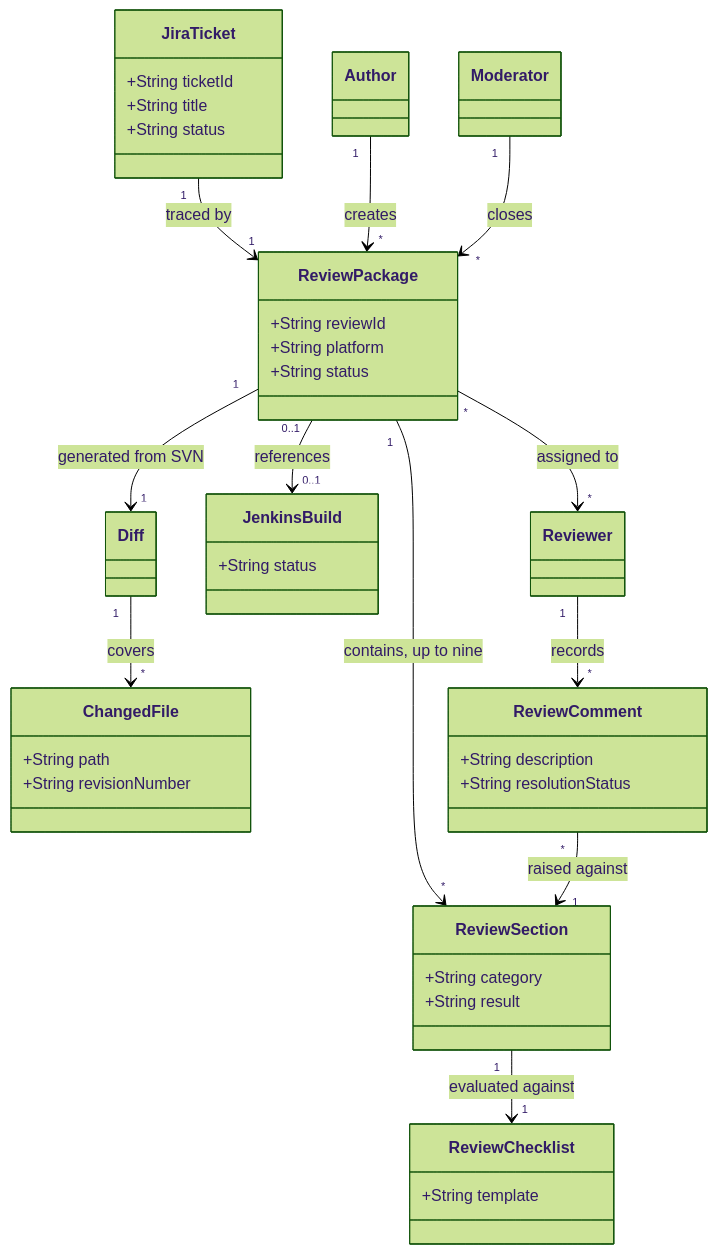
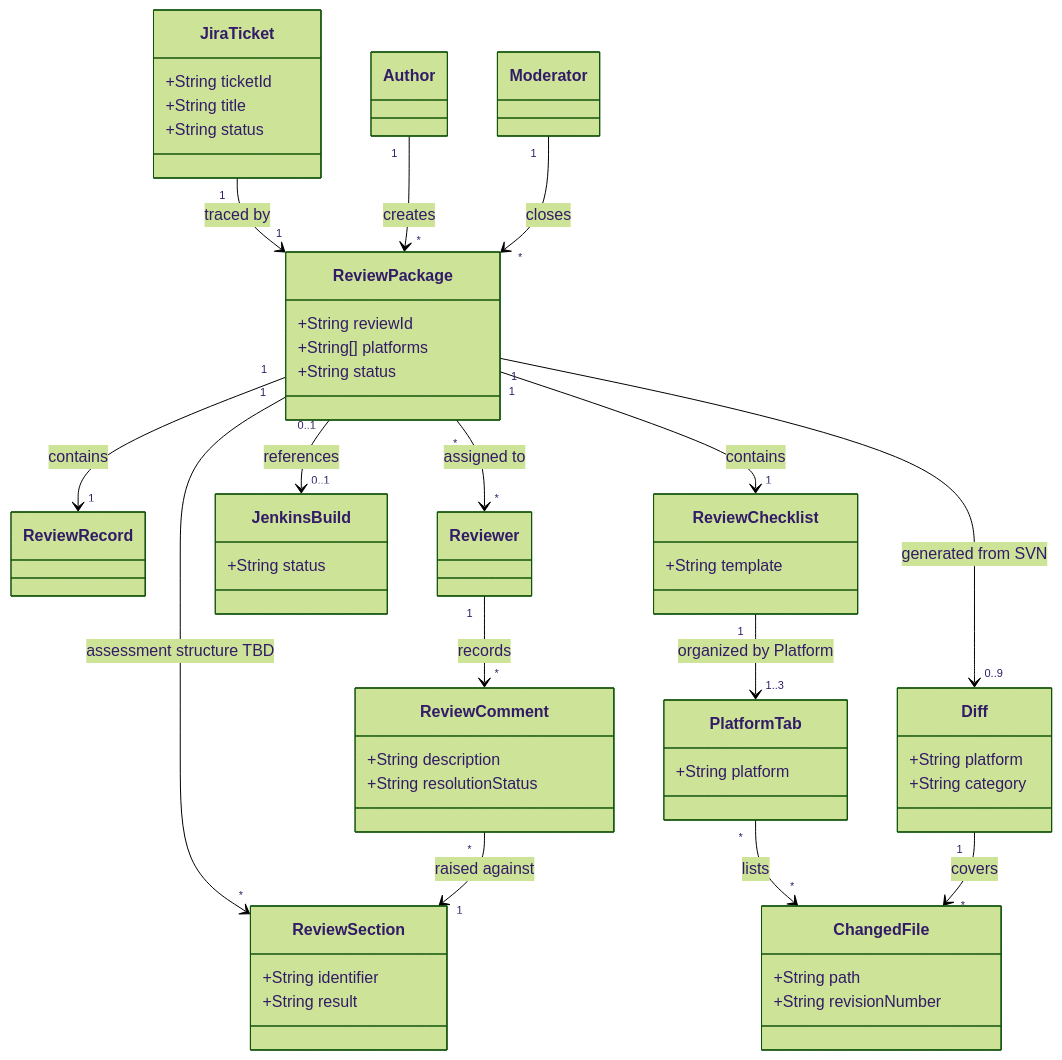
One commit to olehzu/RevView-OMNI changed the diagram in docs/requirements/software-requirements-specification.md. Above: the diagram before and after it, drawn with Mermaid (forest theme). The commit also changed other lines of this file and 7 other files, not shown here.

First line of the commit message:
Align requirements with the November 6 review package structure

````diff
--- a/docs/requirements/software-requirements-specification.md
+++ b/docs/requirements/software-requirements-specification.md
@@ -182,47 +183,57 @@
 ```mermaid
 classDiagram
   class JiraTicket {
     +String ticketId
     +String title
     +String status
   }
   class ReviewPackage {
     +String reviewId
-    +String platform
+    +String[] platforms
     +String status
   }
   class ReviewSection {
-    +String category
+    +String identifier
     +String result
   }
   class ChangedFile {
     +String path
     +String revisionNumber
   }
-  class Diff
+  class Diff {
+    +String platform
+    +String category
+  }
+  class ReviewRecord
+  class PlatformTab {
+    +String platform
+  }
   class ReviewChecklist {
     +String template
   }
   class JenkinsBuild {
     +String status
   }
   class ReviewComment {
     +String description
     +String resolutionStatus
   }
   class Author
   class Reviewer
   class Moderator
 
   JiraTicket "1" --> "1" ReviewPackage : traced by
   Author "1" --> "*" ReviewPackage : creates
-  ReviewPackage "1" --> "*" ReviewSection : contains, up to nine
-  ReviewPackage "1" --> "1" Diff : generated from SVN
+  ReviewPackage "1" --> "*" ReviewSection : assessment structure TBD
+  ReviewPackage "1" --> "0..9" Diff : generated from SVN
+  ReviewPackage "1" --> "1" ReviewChecklist : contains
+  ReviewPackage "1" --> "1" ReviewRecord : contains
+  ReviewChecklist "1" --> "1..3" PlatformTab : organized by Platform
+  PlatformTab "*" --> "*" ChangedFile : lists
   Diff "1" --> "*" ChangedFile : covers
-  ReviewSection "1" --> "1" ReviewChecklist : evaluated against
   ReviewPackage "0..1" --> "0..1" JenkinsBuild : references
   ReviewPackage "*" --> "*" Reviewer : assigned to
   Reviewer "1" --> "*" ReviewComment : records
   ReviewComment "*" --> "1" ReviewSection : raised against
   Moderator "1" --> "*" ReviewPackage : closes
 ```
````
